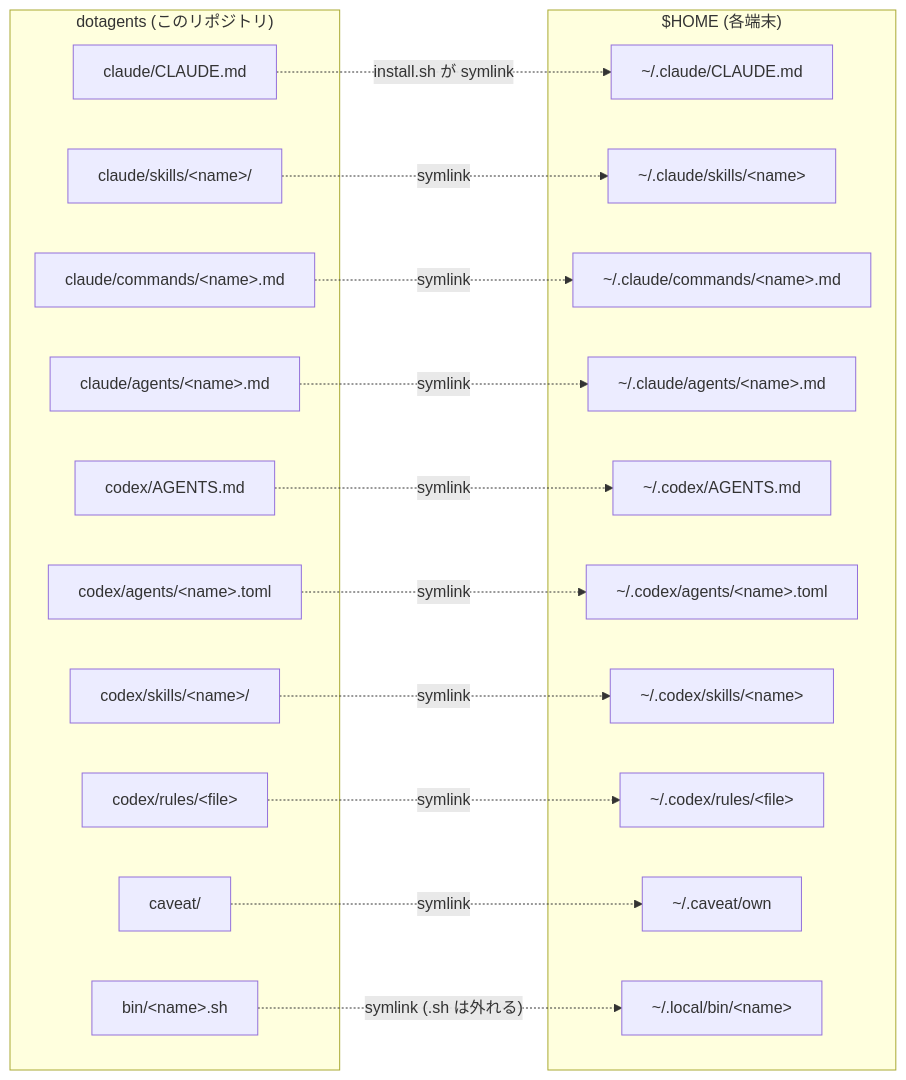
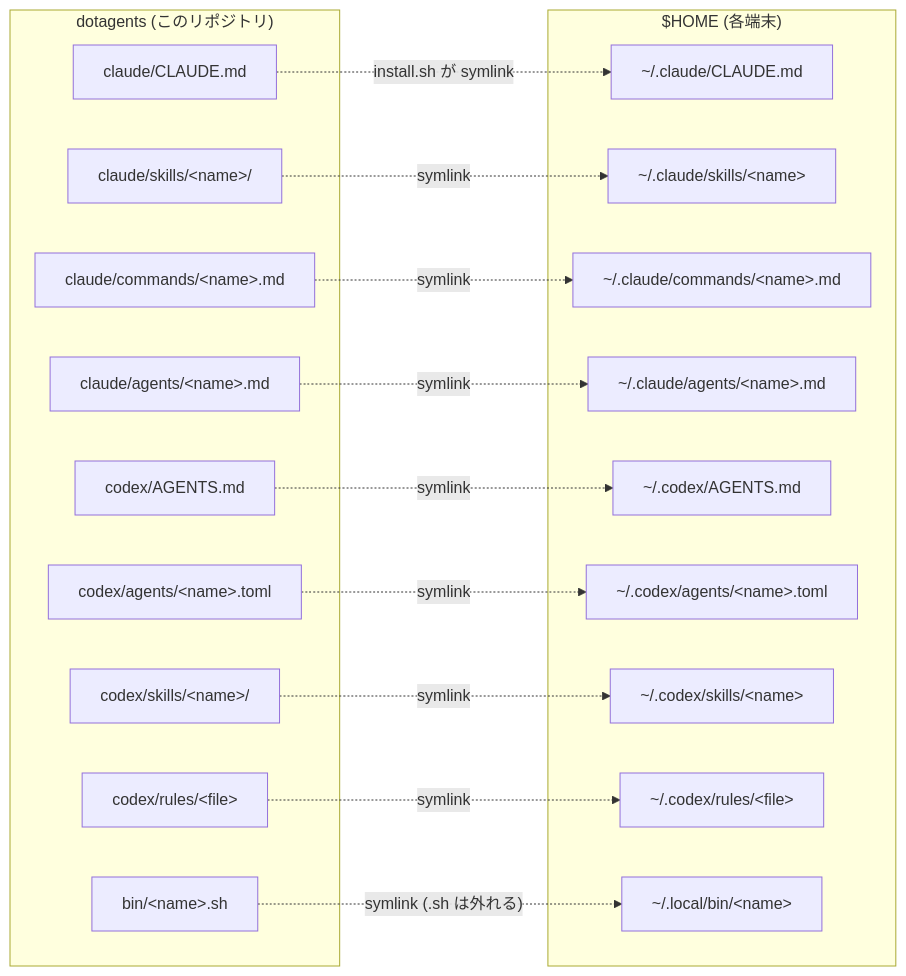
Before and after one commit to kitepon-rgb/dotagents: the diagram in README.md, drawn with Mermaid. The commit also changed other lines of this file and 200 other files, not shown here.

````diff
--- a/README.md
+++ b/README.md
@@ -32,37 +31,34 @@
 ```mermaid
 flowchart LR
   subgraph repo["dotagents (このリポジトリ)"]
     gcm["claude/CLAUDE.md"]
     cs["claude/skills/&lt;name&gt;/"]
     cc["claude/commands/&lt;name&gt;.md"]
     ca["claude/agents/&lt;name&gt;.md"]
     xam["codex/AGENTS.md"]
     xca["codex/agents/&lt;name&gt;.toml"]
     xs["codex/skills/&lt;name&gt;/"]
     xr["codex/rules/&lt;file&gt;"]
-    cv["caveat/"]
     bin["bin/&lt;name&gt;.sh"]
   end
   subgraph home["$HOME (各端末)"]
     hgcm["~/.claude/CLAUDE.md"]
     hcs["~/.claude/skills/&lt;name&gt;"]
     hcc["~/.claude/commands/&lt;name&gt;.md"]
     hca["~/.claude/agents/&lt;name&gt;.md"]
     hxam["~/.codex/AGENTS.md"]
     hxca["~/.codex/agents/&lt;name&gt;.toml"]
     hxs["~/.codex/skills/&lt;name&gt;"]
     hxr["~/.codex/rules/&lt;file&gt;"]
-    hcv["~/.caveat/own"]
     hbin["~/.local/bin/&lt;name&gt;"]
   end
   gcm -. "install.sh が symlink" .-> hgcm
   cs -. symlink .-> hcs
   cc -. symlink .-> hcc
   ca -. symlink .-> hca
   xam -. symlink .-> hxam
   xca -. symlink .-> hxca
   xs -. symlink .-> hxs
   xr -. symlink .-> hxr
-  cv -. symlink .-> hcv
   bin -. "symlink (.sh は外れる)" .-> hbin
 ```
````
